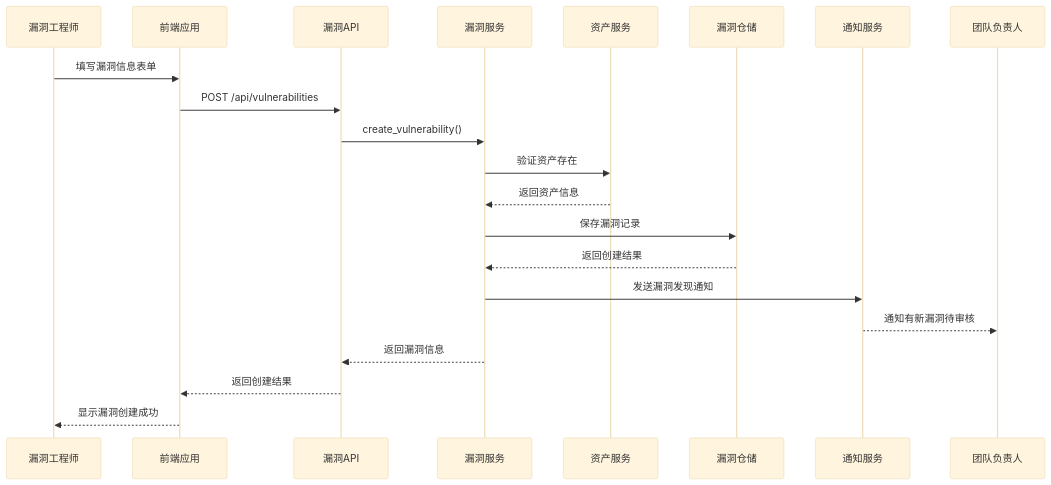
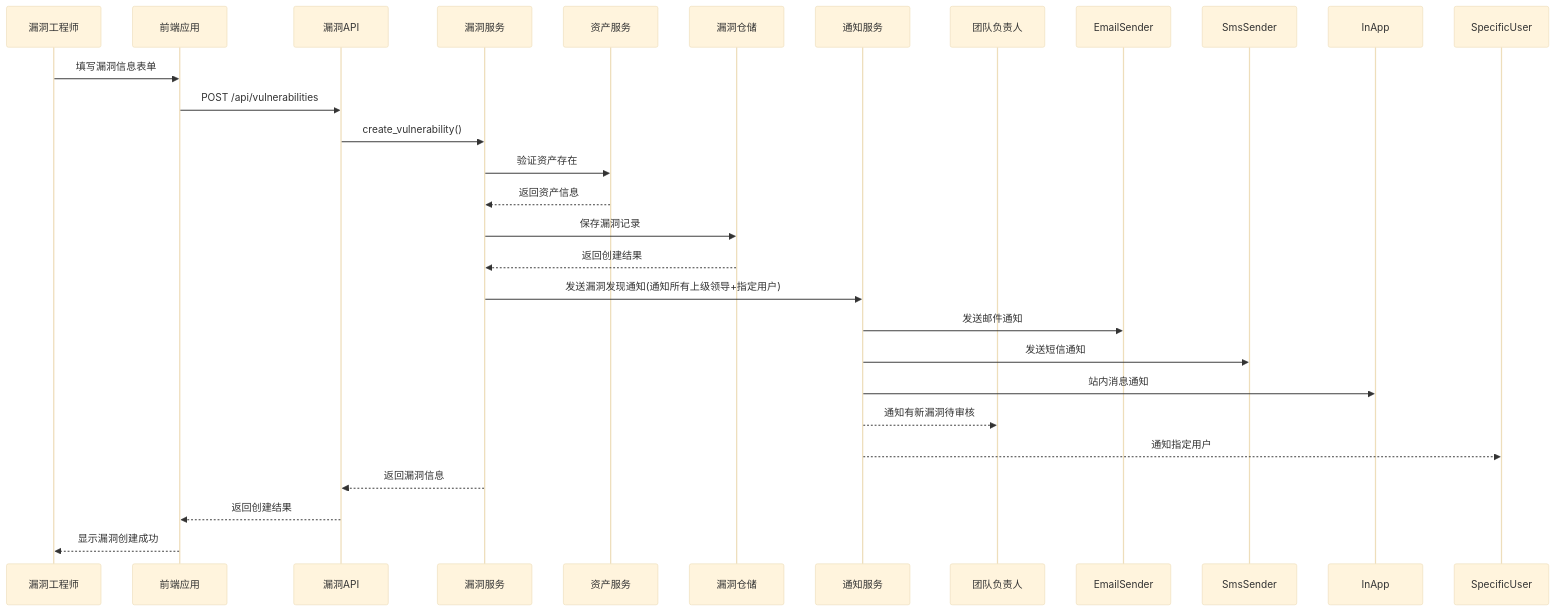
Before and after one commit to dayutech/Vuln-Audit-Lifecycle-Management: the second of 14 diagrams in docs/design/sequence_diagram.md, drawn with Mermaid (base theme). The commit also changed other lines of this file and 7 other files, not shown here.

````diff
--- a/docs/design/sequence_diagram.md
+++ b/docs/design/sequence_diagram.md
@@ -27,24 +27,28 @@
 ```mermaid
 sequenceDiagram
     participant Engineer as 漏洞工程师
     participant Frontend as 前端应用
     participant VulnAPI as 漏洞API
     participant VulnService as 漏洞服务
     participant AssetService as 资产服务
     participant VulnRepo as 漏洞仓储
     participant NotifyService as 通知服务
     participant TeamLeader as 团队负责人
 
     Engineer->>Frontend: 填写漏洞信息表单
     Frontend->>VulnAPI: POST /api/vulnerabilities
     VulnAPI->>VulnService: create_vulnerability()
     VulnService->>AssetService: 验证资产存在
     AssetService-->>VulnService: 返回资产信息
     VulnService->>VulnRepo: 保存漏洞记录
     VulnRepo-->>VulnService: 返回创建结果
-    VulnService->>NotifyService: 发送漏洞发现通知
+    VulnService->>NotifyService: 发送漏洞发现通知(通知所有上级领导+指定用户)
+    NotifyService->>EmailSender: 发送邮件通知
+    NotifyService->>SmsSender: 发送短信通知
+    NotifyService->>InApp: 站内消息通知
     NotifyService-->>TeamLeader: 通知有新漏洞待审核
+    NotifyService-->>SpecificUser: 通知指定用户
     VulnService-->>VulnAPI: 返回漏洞信息
     VulnAPI-->>Frontend: 返回创建结果
     Frontend-->>Engineer: 显示漏洞创建成功
 ```
````
